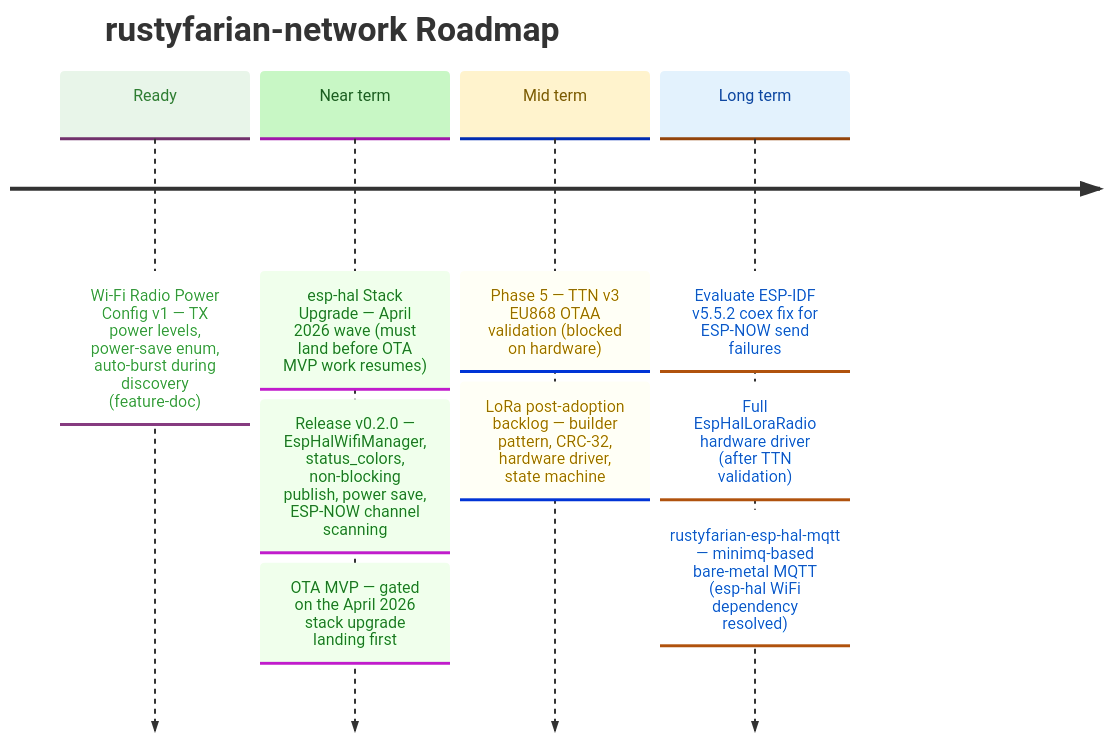
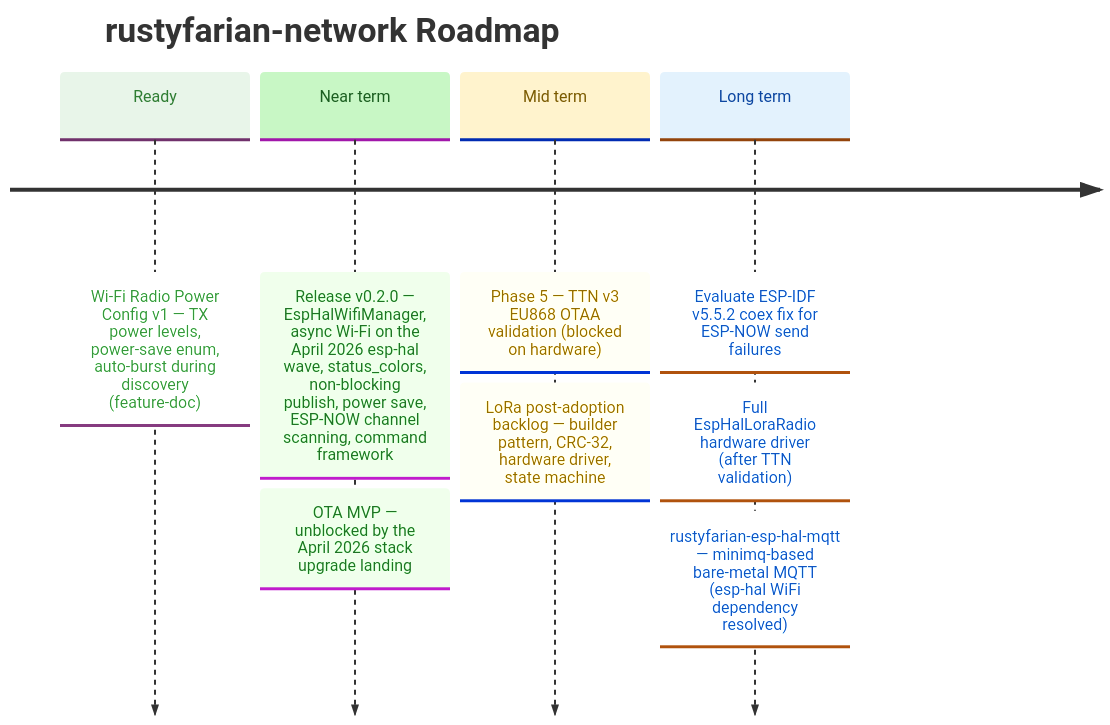
Before and after one commit to datenkollektiv/rustyfarian-network: the diagram in docs/ROADMAP.md, drawn with Mermaid. The commit also changed other lines of this file and 19 other files, not shown here.

First line of the commit message:
Upgrade esp-hal stack to April 2026 release wave

````diff
--- a/docs/ROADMAP.md
+++ b/docs/ROADMAP.md
@@ -9,31 +10,30 @@
 ```mermaid
 %%{init: {
   "theme": "base",
   "themeVariables": {
     "cScale0": "#e8f5e9",
     "cScaleLabel0": "#2e7d32",
     "cScale1": "#c8f7c5",
     "cScaleLabel1": "#1b5e20",
     "cScale2": "#fff3cd",
     "cScaleLabel2": "#7a5a00",
     "cScale3": "#e3f2fd",
     "cScaleLabel3": "#0d47a1"
   }
 }}%%
 
 timeline
     title rustyfarian-network Roadmap
 
     Ready     : Wi-Fi Radio Power Config v1 — TX power levels, power-save enum, auto-burst during discovery (feature-doc)
 
-    Near term : esp-hal Stack Upgrade — April 2026 wave (must land before OTA MVP work resumes)
-              : Release v0.2.0 — EspHalWifiManager, status_colors, non-blocking publish, power save, ESP-NOW channel scanning
-              : OTA MVP — gated on the April 2026 stack upgrade landing first
+    Near term : Release v0.2.0 — EspHalWifiManager, async Wi-Fi on the April 2026 esp-hal wave, status_colors, non-blocking publish, power save, ESP-NOW channel scanning, command framework
+            : OTA MVP — unblocked by the April 2026 stack upgrade landing
 
     Mid term  : Phase 5 — TTN v3 EU868 OTAA validation (blocked on hardware)
               : LoRa post-adoption backlog — builder pattern, CRC-32, hardware driver, state machine
 
     Long term : Evaluate ESP-IDF v5.5.2 coex fix for ESP-NOW send failures
               : Full EspHalLoraRadio hardware driver (after TTN validation)
               : rustyfarian-esp-hal-mqtt — minimq-based bare-metal MQTT (esp-hal WiFi dependency resolved)
 ```
````
